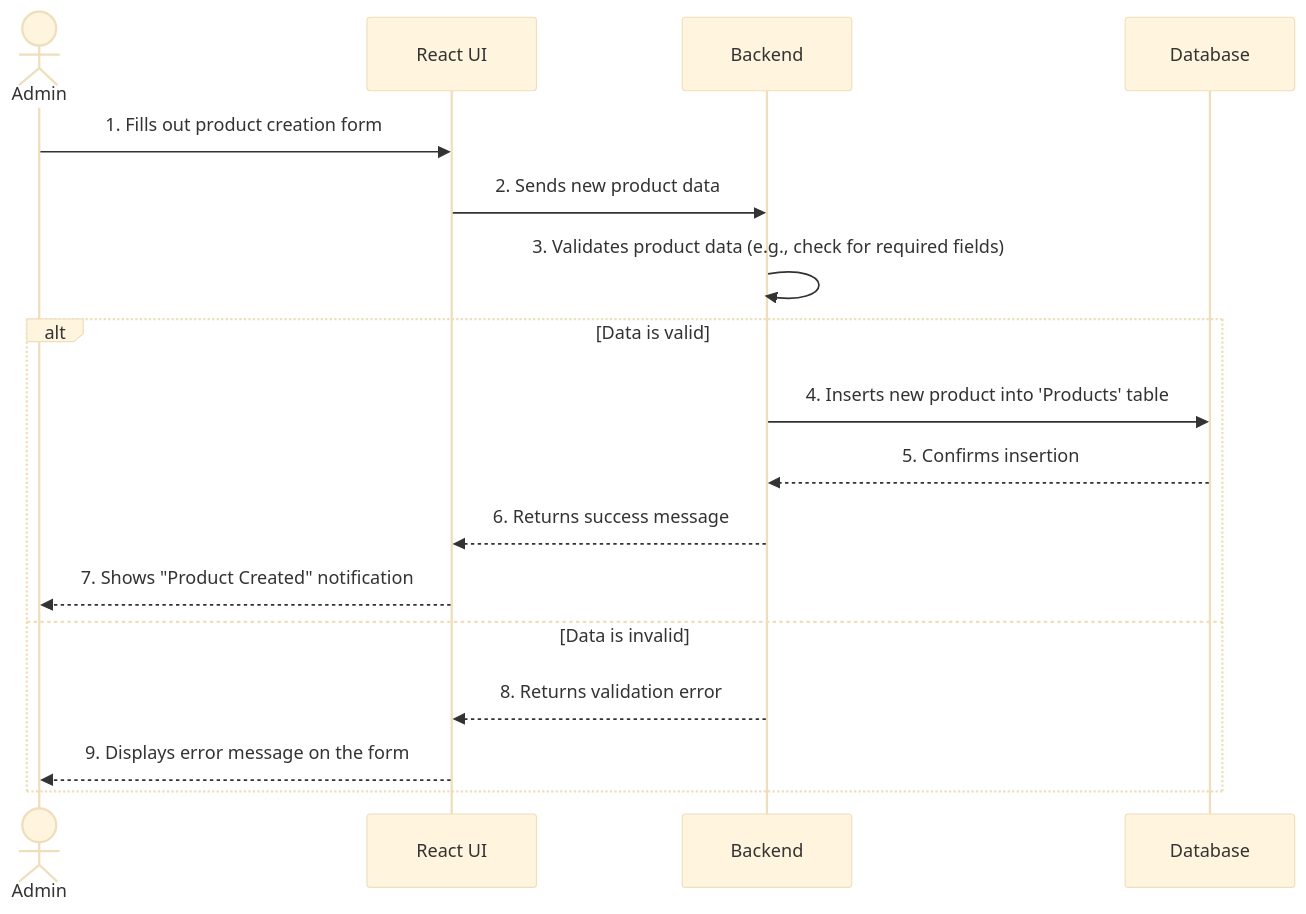
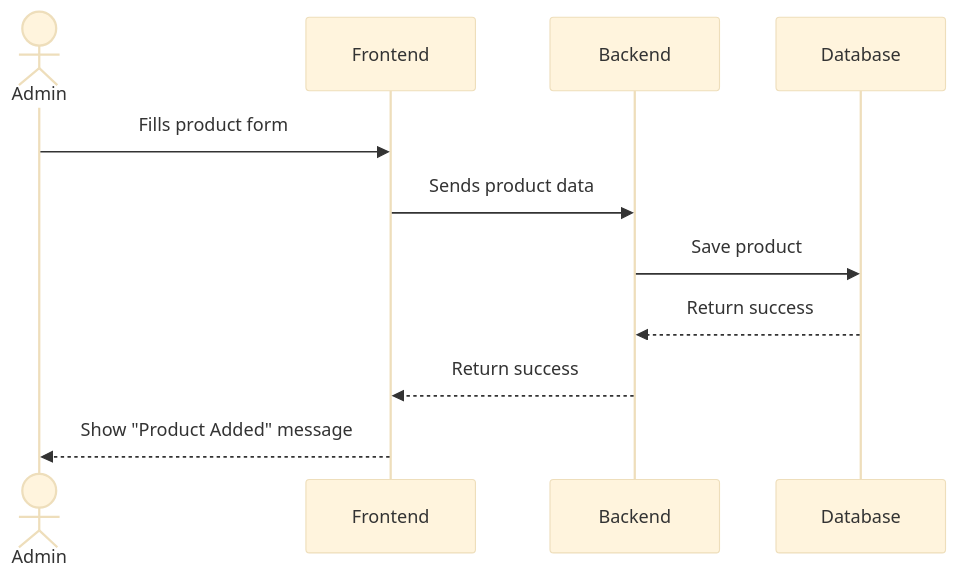
The third of 5 diagrams in docs/technical/data_flow.md (rohitagarwal-gkmit/retailpulse-docs), drawn with Mermaid before and after one commit. The commit also changed other lines of this file and 1 other file, not shown here.

Commit message:
[refactor]: Simplify data flow and schema design

````diff
--- a/docs/technical/data_flow.md
+++ b/docs/technical/data_flow.md
@@ -55,21 +56,15 @@
 ```mermaid
-%%{init: {'theme':'base', 'themeVariables': { 'fontSize':'38px', 'fontFamily':'Arial'}}}%%
+%%{init: {'theme':'base', 'themeVariables': { 'fontSize':'18px', 'fontFamily':'Arial'}}}%%
 sequenceDiagram
     actor Admin
-    participant UI as React UI
+    participant UI as Frontend
     participant API as Backend
     participant DB as Database
 
-    Admin->>UI: 1. Fills out product creation form
-    UI->>API: 2. Sends new product data
-    API->>API: 3. Validates product data (e.g., check for required fields)
-    alt Data is valid
-        API->>DB: 4. Inserts new product into 'Products' table
-        DB-->>API: 5. Confirms insertion
-        API-->>UI: 6. Returns success message
-        UI-->>Admin: 7. Shows "Product Created" notification
-    else Data is invalid
-        API-->>UI: 8. Returns validation error
-        UI-->>Admin: 9. Displays error message on the form
-    end
+    Admin->>UI: Fills product form
+    UI->>API: Sends product data
+    API->>DB: Save product
+    DB-->>API: Return success
+    API-->>UI: Return success
+    UI-->>Admin: Show "Product Added" message
 ```
````
